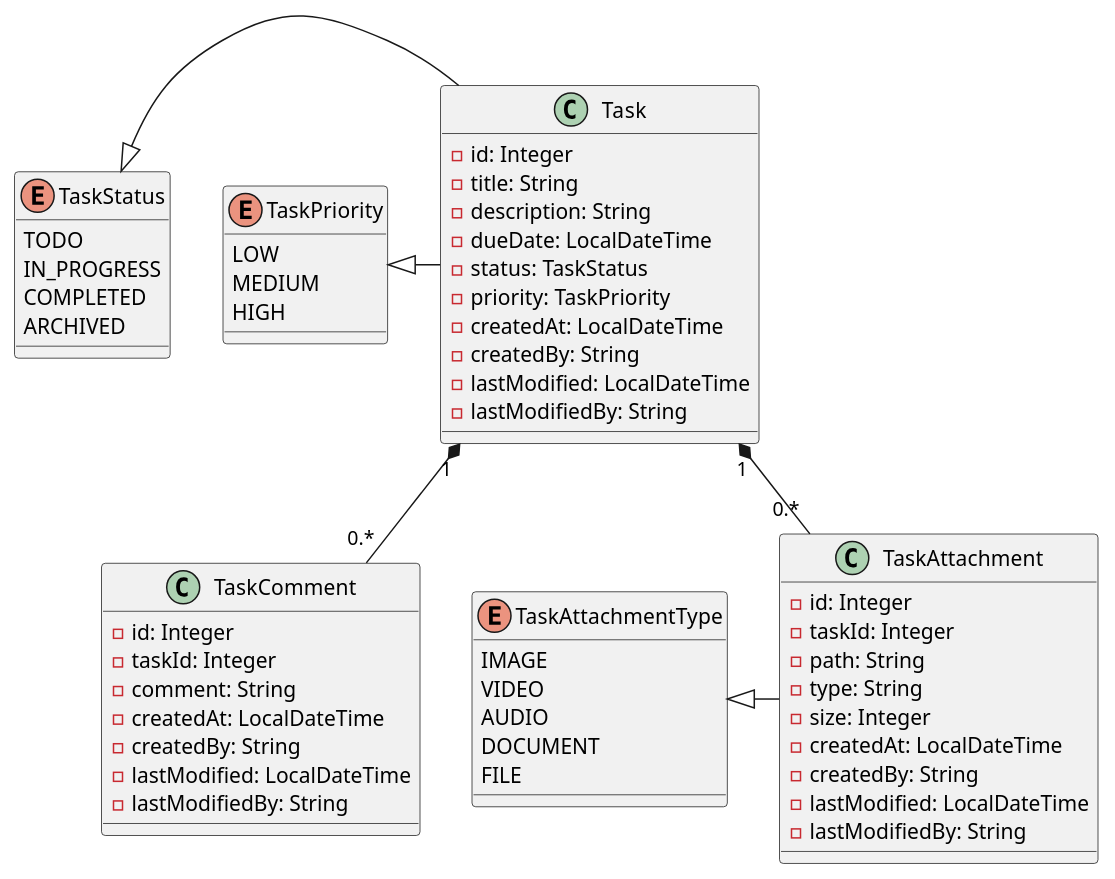
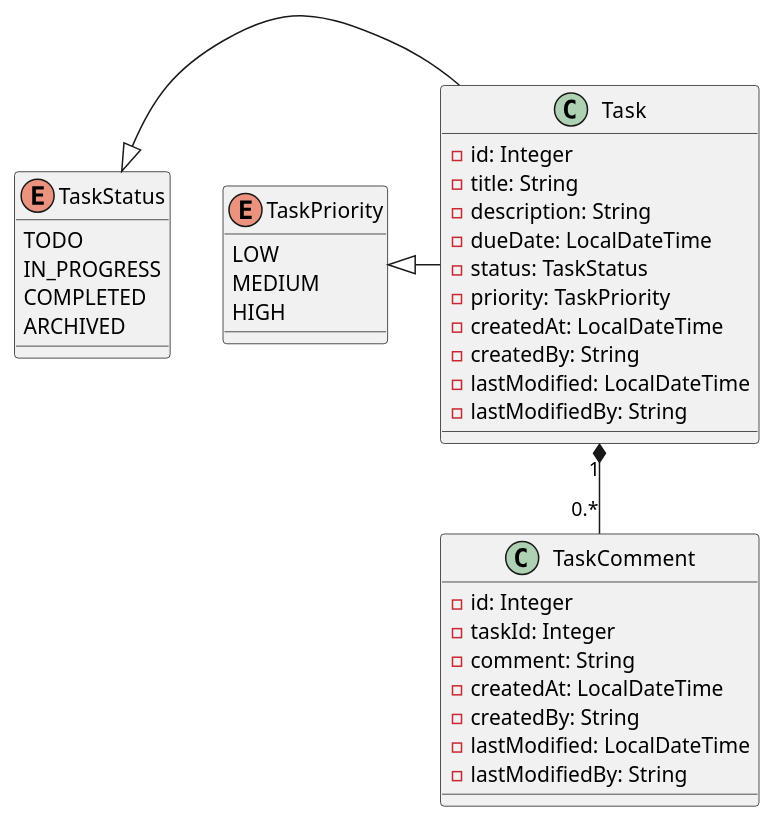
Before and after one commit to FFreitas997/Taskmaster-Backend: the diagram in taskmaster-database.puml, drawn with PlantUML. The commit also changed 19 other files, not shown here.

```diff
--- a/taskmaster-database.puml
+++ b/taskmaster-database.puml
@@ -1,68 +1,47 @@
 @startuml
 'https://plantuml.com/class-diagram
 
 class Task {
     -id: Integer
     -title: String
     -description: String
     -dueDate: LocalDateTime
     -status: TaskStatus
     -priority: TaskPriority
     -createdAt: LocalDateTime
     -createdBy: String
     -lastModified: LocalDateTime
     -lastModifiedBy: String
-}
-
-class TaskAttachment{
-    -id: Integer
-    -taskId: Integer
-    -path: String
-    -type: String
-    -size: Integer
-    -createdAt: LocalDateTime
-    -createdBy: String
-    -lastModified: LocalDateTime
-    -lastModifiedBy: String
-
 }
 
 class TaskComment{
     -id: Integer
     -taskId: Integer
     -comment: String
     -createdAt: LocalDateTime
     -createdBy: String
     -lastModified: LocalDateTime
     -lastModifiedBy: String
 }
 
 enum TaskStatus {
     TODO
     IN_PROGRESS
     COMPLETED
     ARCHIVED
 }
 
 enum TaskPriority {
     LOW
     MEDIUM
     HIGH
 }
 
-enum TaskAttachmentType {
-    IMAGE
-    VIDEO
-    AUDIO
-    DOCUMENT
-    FILE
-}
 
 TaskStatus <|- Task
 TaskPriority <|- Task
-TaskAttachmentType <|- TaskAttachment
 
-Task "1" *-- "0.*" TaskAttachment
+
 Task "1" *-- "0.*" TaskComment
 
 @enduml
```
